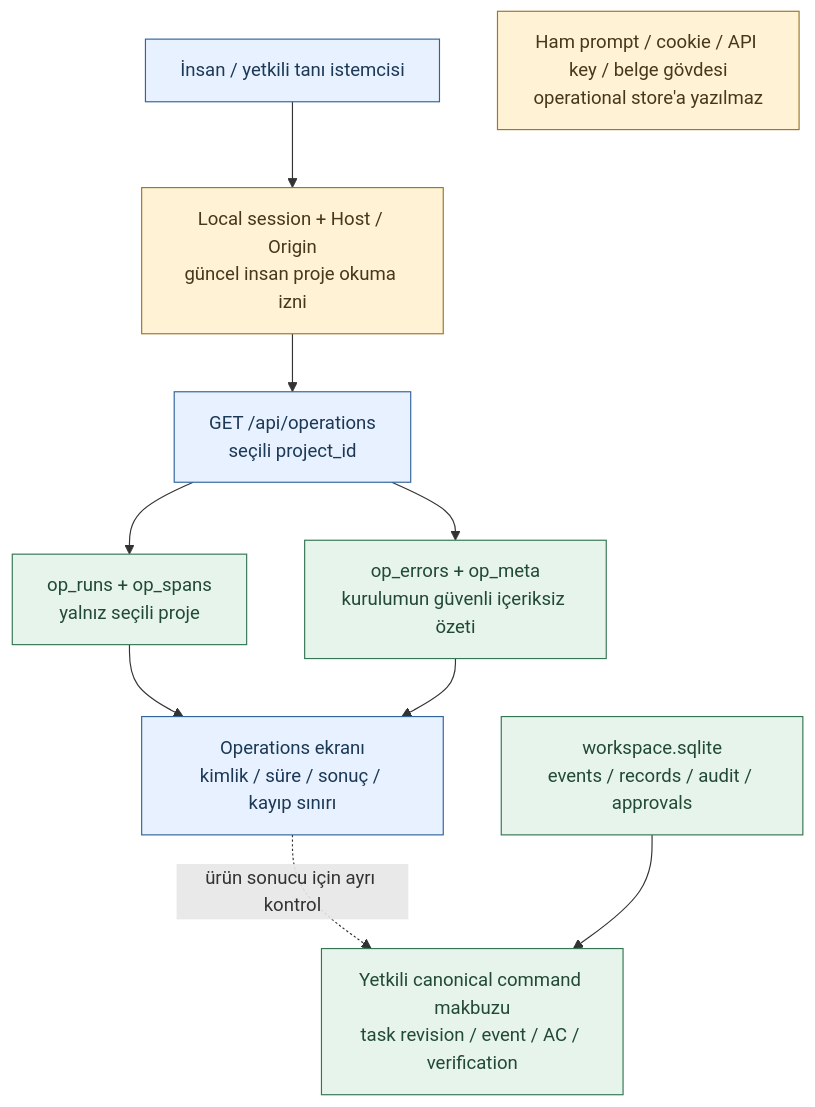
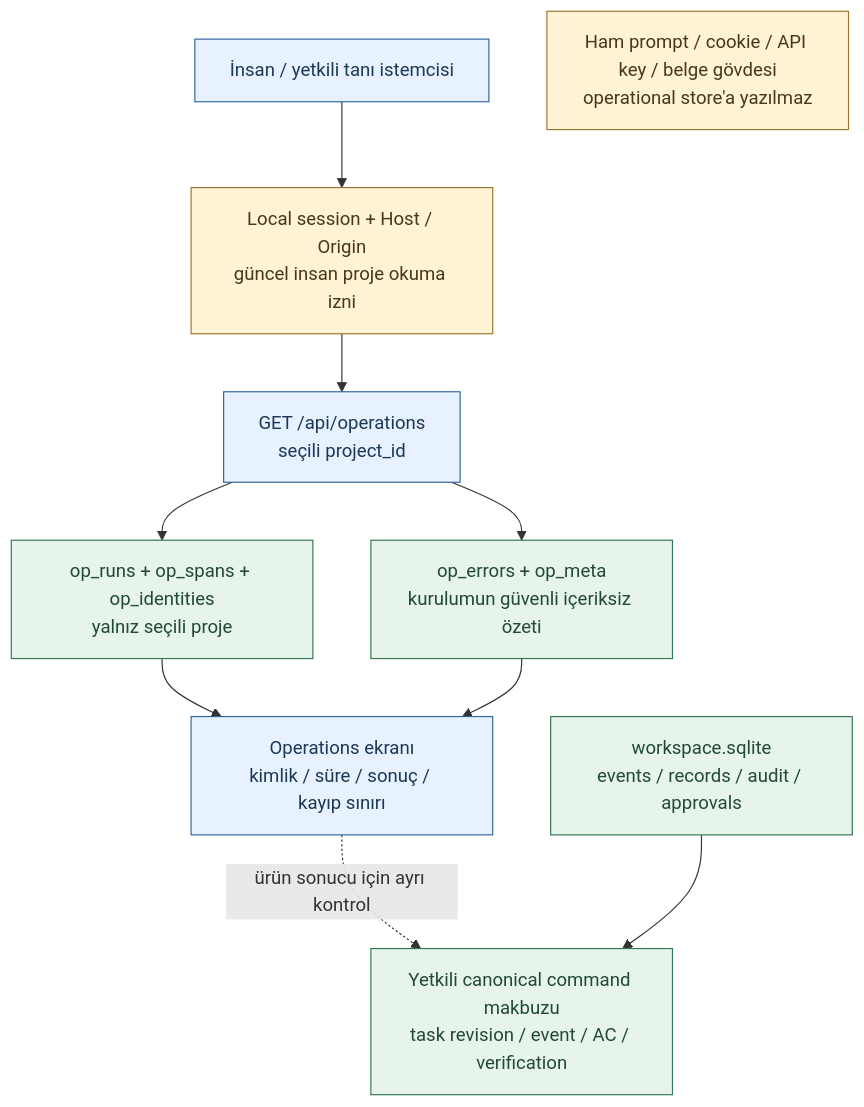
The first of 3 diagrams in docs/architecture/logging-diagrams-and-schema.md (alphanAkbulut/decivora), drawn with Mermaid before and after one commit. The commit also changed other lines of this file and 16 other files, not shown here.

````diff
--- a/docs/architecture/logging-diagrams-and-schema.md
+++ b/docs/architecture/logging-diagrams-and-schema.md
@@ -20,20 +20,20 @@
 ```mermaid
 flowchart TB
   accTitle: Operations okuma yolu ve kanonik kanıt sınırı
   accDescr: Oturum ve güncel proje izni tanı sorgusunu sınırlar. Seçili proje runları ile kurulumun içeriksiz hata grupları ayrı görünür. Kanonik sonuç ve kabul kanıtı ayrıca kontrol edilir.
   U["İnsan / yetkili tanı istemcisi"] --> G["Local session + Host / Origin<br/>güncel insan proje okuma izni"]
   G --> API["GET /api/operations<br/>seçili project_id"]
-  API --> R["op_runs + op_spans<br/>yalnız seçili proje"]
+  API --> R["op_runs + op_spans + op_identities<br/>yalnız seçili proje"]
   API --> E["op_errors + op_meta<br/>kurulumun güvenli içeriksiz özeti"]
   R --> V["Operations ekranı<br/>kimlik / süre / sonuç / kayıp sınırı"]
   E --> V
   V -. ürün sonucu için ayrı kontrol .-> C["Yetkili canonical command makbuzu<br/>task revision / event / AC / verification"]
   W["workspace.sqlite<br/>events / records / audit / approvals"] --> C
   N["Ham prompt / cookie / API key / belge gövdesi<br/>operational store'a yazılmaz"]
   classDef view fill:#e8f1ff,stroke:#31649b,color:#1b3855;
   classDef guard fill:#fff2d5,stroke:#9b762c,color:#443919;
   classDef data fill:#e6f4eb,stroke:#357654,color:#214934;
   class U,API,V view;
   class G,N guard;
   class R,E,W,C data;
 ```
````
